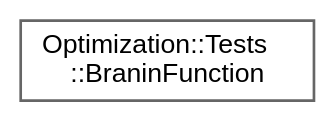
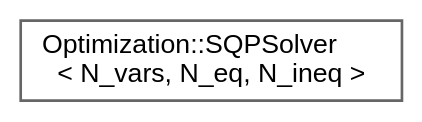
Before and after one commit to jswoo0615/Algorithms_for_Optimization_cpp: the diagram in inherit_graph_51.dot, drawn with Graphviz. The commit also changed 121 other files, not shown here.

```diff
--- a/inherit_graph_51.dot
+++ b/inherit_graph_51.dot
@@ -1,9 +1,9 @@
 digraph "Graphical Class Hierarchy"
 {
  // LATEX_PDF_SIZE
   bgcolor="transparent";
   edge [fontname=Helvetica,fontsize=10,labelfontname=Helvetica,labelfontsize=10];
   node [fontname=Helvetica,fontsize=10,shape=box,height=0.2,width=0.4];
   rankdir="LR";
-  Node0 [id="Node000000",label="Optimization::Tests\l::BraninFunction",height=0.2,width=0.4,color="grey40", fillcolor="white", style="filled",URL="$structOptimization_1_1Tests_1_1BraninFunction.html",tooltip="Branin Function (전역 최적화 테스트용 벤치마크)"];
+  Node0 [id="Node000000",label="Optimization::SQPSolver\l\< N_vars, N_eq, N_ineq \>",height=0.2,width=0.4,color="grey40", fillcolor="white", style="filled",URL="$classOptimization_1_1SQPSolver.html",tooltip="Sequential Quadratic Programming (SQP) Solver."];
 }
```
